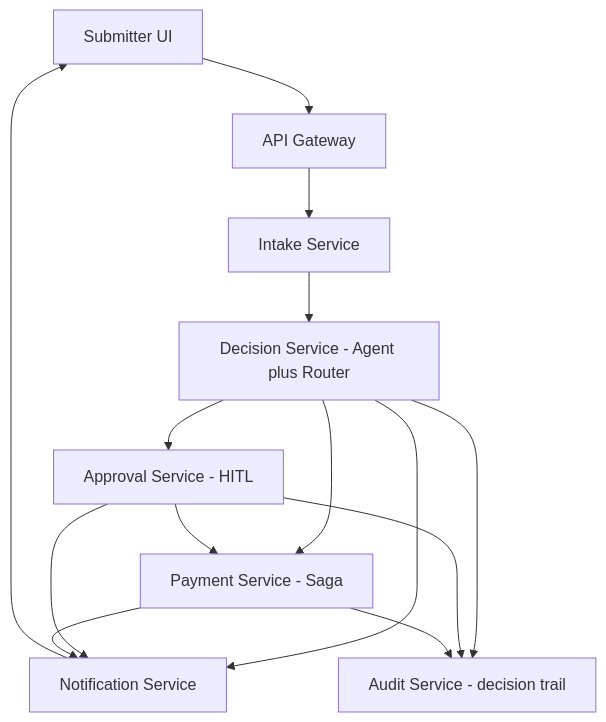
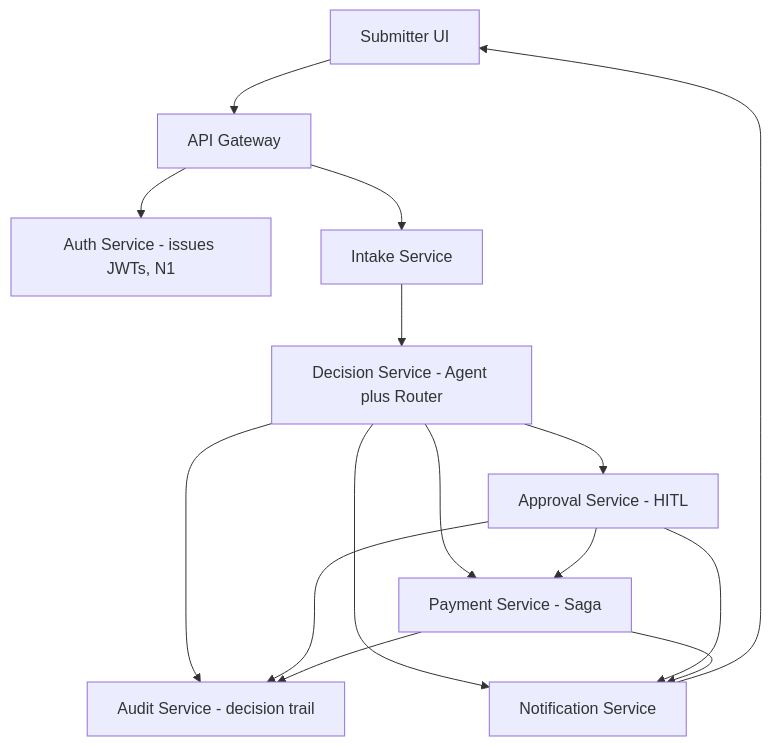
The first of 3 diagrams in ARCHITECTURE.md (miryamizadka/invoice-approval-workflow), drawn with Mermaid before and after one commit. The commit also changed other lines of this file and 2 other files, not shown here.

First line of the commit message:
Sync architecture docs with Auth (N1) and Bulkhead/Throttling (N3)

````diff
--- a/ARCHITECTURE.md
+++ b/ARCHITECTURE.md
@@ -12,16 +12,17 @@
 ```mermaid 
     flowchart TD
     UI[Submitter UI] --> GW[API Gateway]
+    GW --> AUTH[Auth Service - issues JWTs, N1]
     GW --> IN[Intake Service]
     IN --> DEC[Decision Service - Agent plus Router]
     DEC --> PAY[Payment Service - Saga]
     DEC --> APP[Approval Service - HITL]
     DEC --> NOT[Notification Service]
     APP --> PAY
     APP --> NOT
     PAY --> NOT
     NOT --> UI
     DEC --> AUD[Audit Service - decision trail]
     APP --> AUD
     PAY --> AUD
 ```
````
